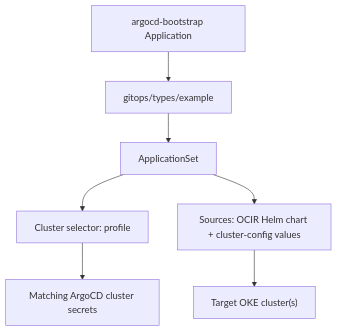
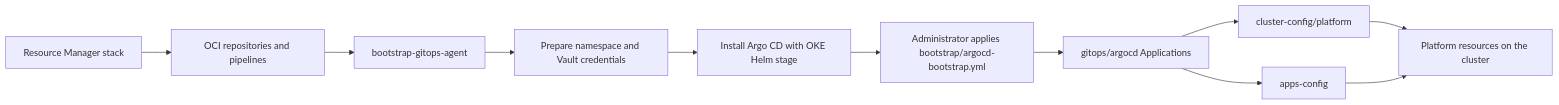
The diagram in oci-and-db/cloud-native/devops-and-containers/oke/oke-gitops/argocd-solution.md (oracle-devrel/technology-engineering), drawn with Mermaid before and after one commit. The commit also changed other lines of this file and 567 other files, not shown here.

````diff
--- a/oci-and-db/cloud-native/devops-and-containers/oke/oke-gitops/argocd-solution.md
+++ b/oci-and-db/cloud-native/devops-and-containers/oke/oke-gitops/argocd-solution.md
@@ -212,9 +29,13 @@
 ```mermaid
-flowchart TD
-  A["argocd-bootstrap Application"] --> B["gitops/types/example"]
-  B --> C["ApplicationSet"]
-  C --> D["Cluster selector: profile"]
-  D --> E["Matching ArgoCD cluster secrets"]
-  C --> F["Sources: OCIR Helm chart + cluster-config values"]
-  F --> G["Target OKE cluster(s)"]
+flowchart LR
+  S["Resource Manager stack"] --> R["OCI repositories and pipelines"]
+  R --> M["bootstrap-gitops-agent"]
+  M --> PREP["Prepare namespace and Vault credentials"]
+  PREP --> D["Install Argo CD with OKE Helm stage"]
+  D --> B["Administrator applies bootstrap/argocd-bootstrap.yml"]
+  B --> G["gitops/argocd Applications"]
+  G --> PLATFORM["cluster-config/platform"]
+  G --> A["apps-config"]
+  PLATFORM --> K["Platform resources on the cluster"]
+  A --> K
 ```
````
